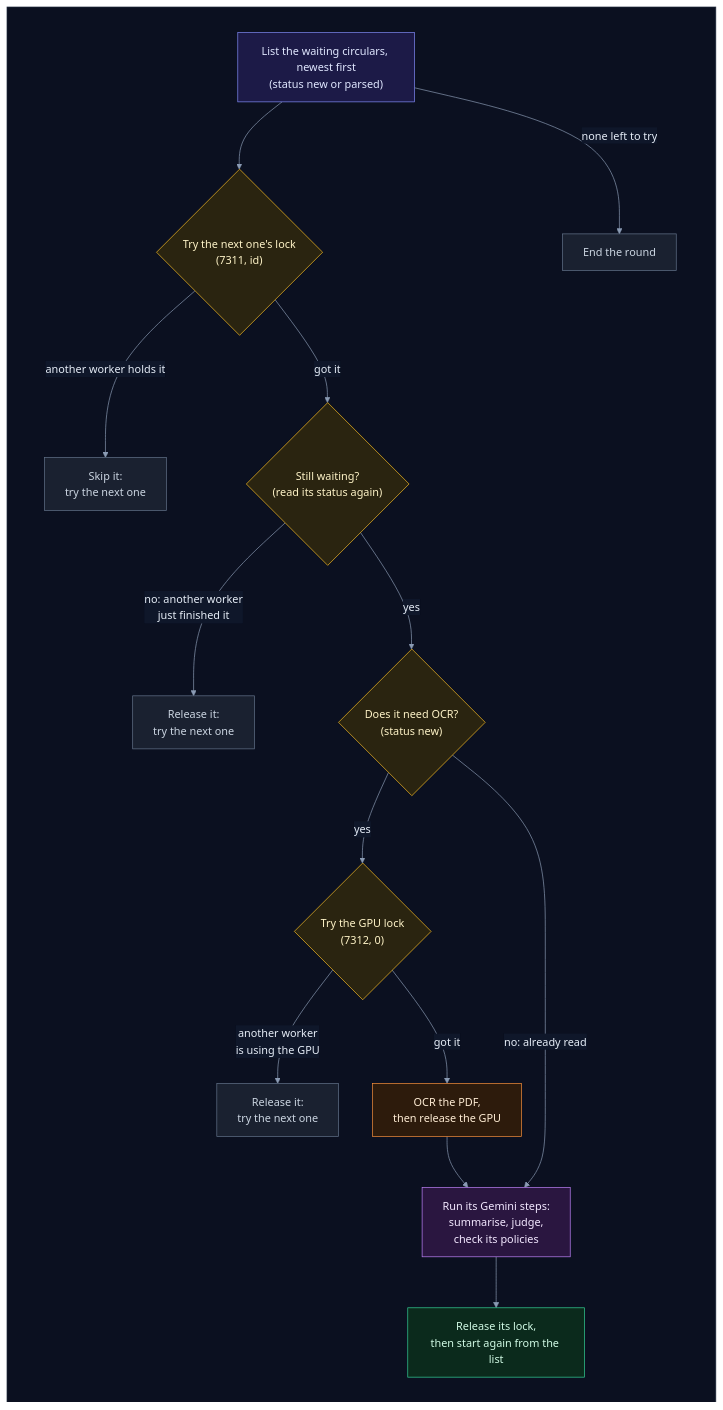
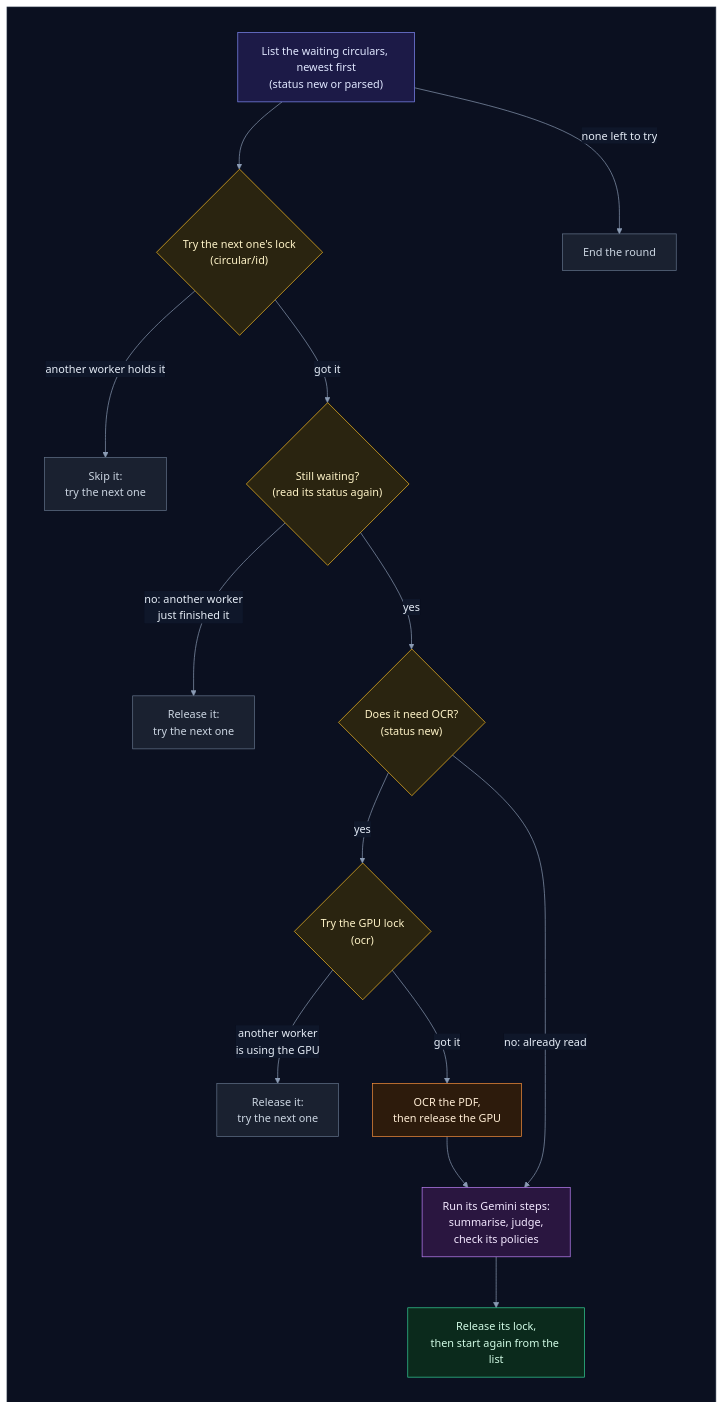
Before and after one commit to selvakumarperumal/Regulatory_Circular_Impact_Agent: the seventh of 27 diagrams in how_it_works.md, drawn with Mermaid. The commit also changed other lines of this file and 4 other files, not shown here.

Commit message:
Scope advisory locks by schema

````diff
--- a/how_it_works.md
+++ b/how_it_works.md
@@ -422,36 +429,36 @@
 ```mermaid
 %%{init: {"theme": "base", "flowchart": {"diagramPadding": 0}, "themeVariables": {"darkMode": true, "primaryColor": "#16213a", "primaryTextColor": "#e6edf7", "primaryBorderColor": "#475a7a", "lineColor": "#8b9bb4", "secondaryColor": "#1b2436", "tertiaryColor": "#101a2e", "edgeLabelBackground": "#0f172a", "textColor": "#e2e8f0", "clusterBkg": "#0f1728", "clusterBorder": "#2b3a55", "titleColor": "#c4b5fd", "nodeTextColor": "#e6edf7"}}}%%
 flowchart TD
     subgraph canvas[" "]
         direction TB
-        list["List the waiting circulars, newest first<br/>(status new or parsed)"] --> tryc{"Try the next one's lock<br/>(7311, id)"}
+        list["List the waiting circulars, newest first<br/>(status new or parsed)"] --> tryc{"Try the next one's lock<br/>(circular/id)"}
         list -->|"none left to try"| idle["End the round"]
         tryc -->|"another worker holds it"| skip1["Skip it:<br/>try the next one"]
         tryc -->|"got it"| fresh{"Still waiting?<br/>(read its status again)"}
         fresh -->|"no: another worker<br/>just finished it"| skip2["Release it:<br/>try the next one"]
         fresh -->|"yes"| isnew{"Does it need OCR?<br/>(status new)"}
-        isnew -->|"yes"| gpu{"Try the GPU lock<br/>(7312, 0)"}
+        isnew -->|"yes"| gpu{"Try the GPU lock<br/>(ocr)"}
         gpu -->|"another worker<br/>is using the GPU"| skip3["Release it:<br/>try the next one"]
         gpu -->|"got it"| ocr["OCR the PDF,<br/>then release the GPU"]
         isnew -->|"no: already read"| gem["Run its Gemini steps:<br/>summarise, judge,<br/>check its policies"]
         ocr --> gem
         gem --> done["Release its lock,<br/>then start again from the list"]
     end
 
     classDef svc fill:#0e2a2c,stroke:#2dd4bf,color:#ccfbf1
     classDef data fill:#1c1a47,stroke:#818cf8,color:#e0e7ff
     classDef ext fill:#2a1640,stroke:#c084fc,color:#f3e8ff
     classDef gpu fill:#2d1b0c,stroke:#fb923c,color:#ffedd5
     classDef ask fill:#2a2410,stroke:#fbbf24,color:#fef3c7
     classDef ok fill:#0b2a1c,stroke:#34d399,color:#d1fae5
     classDef bad fill:#2e0f17,stroke:#fb7185,color:#ffe4e6
     classDef start fill:#1c2a0e,stroke:#a7ef6f,color:#ecfccb
     classDef muted fill:#1a2130,stroke:#64748b,color:#cbd5e1
     class list data
     class tryc,fresh,isnew,gpu ask
     class idle,skip1,skip2,skip3 muted
     class gem ext
     class ocr gpu
     class done ok
     style canvas fill:#0b1020,stroke:#1e293b,color:#0b1020
 ```
````
